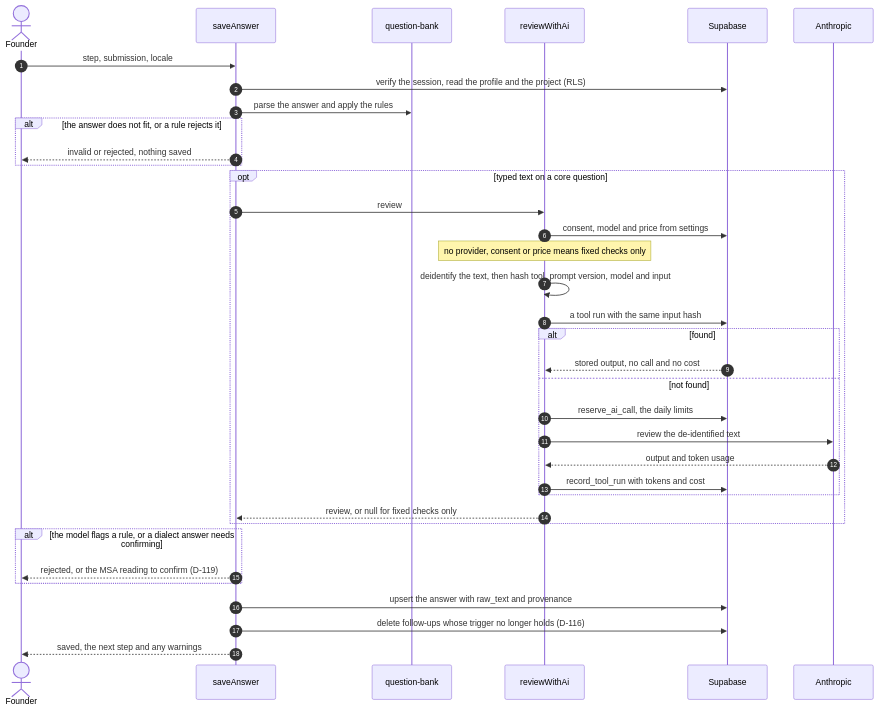
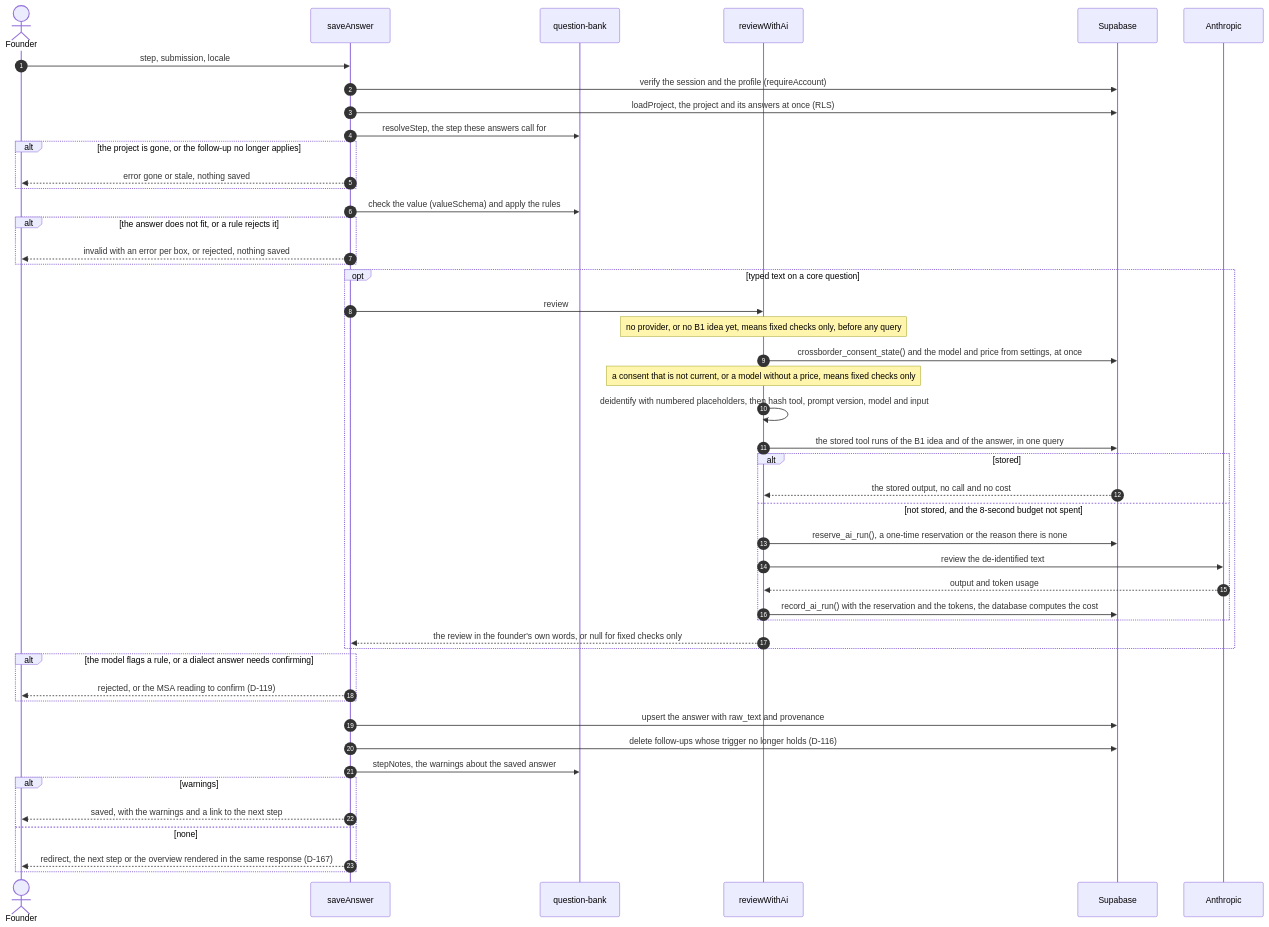
Before and after one commit to laithhamoda/startupbrandname: the third of 3 diagrams in docs/architecture.md, drawn with Mermaid. The commit also changed other lines of this file, not shown here.

First line of the commit message:
docs(architecture): describe the save and the ai path after the audit

````diff
--- a/docs/architecture.md
+++ b/docs/architecture.md
@@ -91,39 +98,50 @@
 ```mermaid
 sequenceDiagram
   autonumber
   actor F as Founder
   participant A as saveAnswer
   participant Q as question-bank
   participant S as reviewWithAi
   participant P as Supabase
   participant M as Anthropic
 
   F->>A: step, submission, locale
-  A->>P: verify the session, read the profile and the project (RLS)
-  A->>Q: parse the answer and apply the rules
+  A->>P: verify the session and the profile (requireAccount)
+  A->>P: loadProject, the project and its answers at once (RLS)
+  A->>Q: resolveStep, the step these answers call for
+  alt the project is gone, or the follow-up no longer applies
+    A-->>F: error gone or stale, nothing saved
+  end
+  A->>Q: check the value (valueSchema) and apply the rules
   alt the answer does not fit, or a rule rejects it
-    A-->>F: invalid or rejected, nothing saved
+    A-->>F: invalid with an error per box, or rejected, nothing saved
   end
   opt typed text on a core question
     A->>S: review
-    S->>P: consent, model and price from settings
-    Note over S: no provider, consent or price means fixed checks only
-    S->>S: deidentify the text, then hash tool, prompt version, model and input
-    S->>P: a tool run with the same input hash
-    alt found
-      P-->>S: stored output, no call and no cost
-    else not found
-      S->>P: reserve_ai_call, the daily limits
+    Note over S: no provider, or no B1 idea yet, means fixed checks only, before any query
+    S->>P: crossborder_consent_state() and the model and price from settings, at once
+    Note over S: a consent that is not current, or a model without a price, means fixed checks only
+    S->>S: deidentify with numbered placeholders, then hash tool, prompt version, model and input
+    S->>P: the stored tool runs of the B1 idea and of the answer, in one query
+    alt stored
+      P-->>S: the stored output, no call and no cost
+    else not stored, and the 8-second budget not spent
+      S->>P: reserve_ai_run(), a one-time reservation or the reason there is none
       S->>M: review the de-identified text
       M-->>S: output and token usage
-      S->>P: record_tool_run with tokens and cost
+      S->>P: record_ai_run() with the reservation and the tokens, the database computes the cost
     end
-    S-->>A: review, or null for fixed checks only
+    S-->>A: the review in the founder's own words, or null for fixed checks only
   end
   alt the model flags a rule, or a dialect answer needs confirming
     A-->>F: rejected, or the MSA reading to confirm (D-119)
   end
   A->>P: upsert the answer with raw_text and provenance
   A->>P: delete follow-ups whose trigger no longer holds (D-116)
-  A-->>F: saved, the next step and any warnings
+  A->>Q: stepNotes, the warnings about the saved answer
+  alt warnings
+    A-->>F: saved, with the warnings and a link to the next step
+  else none
+    A-->>F: redirect, the next step or the overview rendered in the same response (D-167)
+  end
 ```
````
